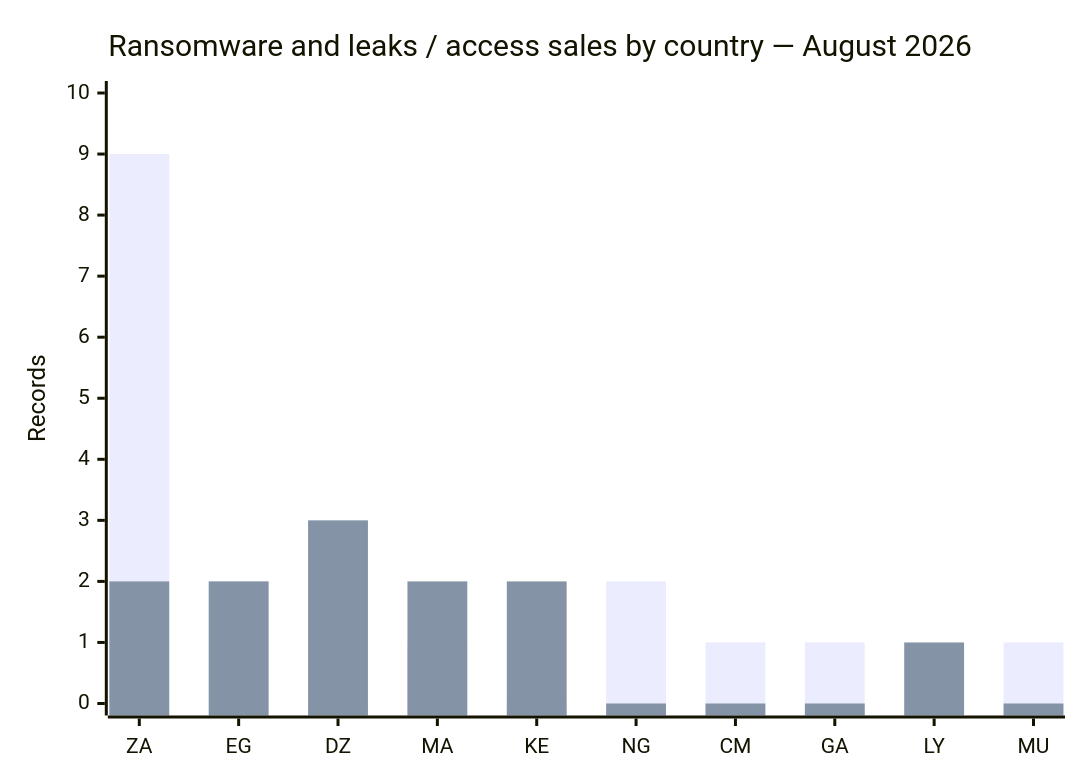
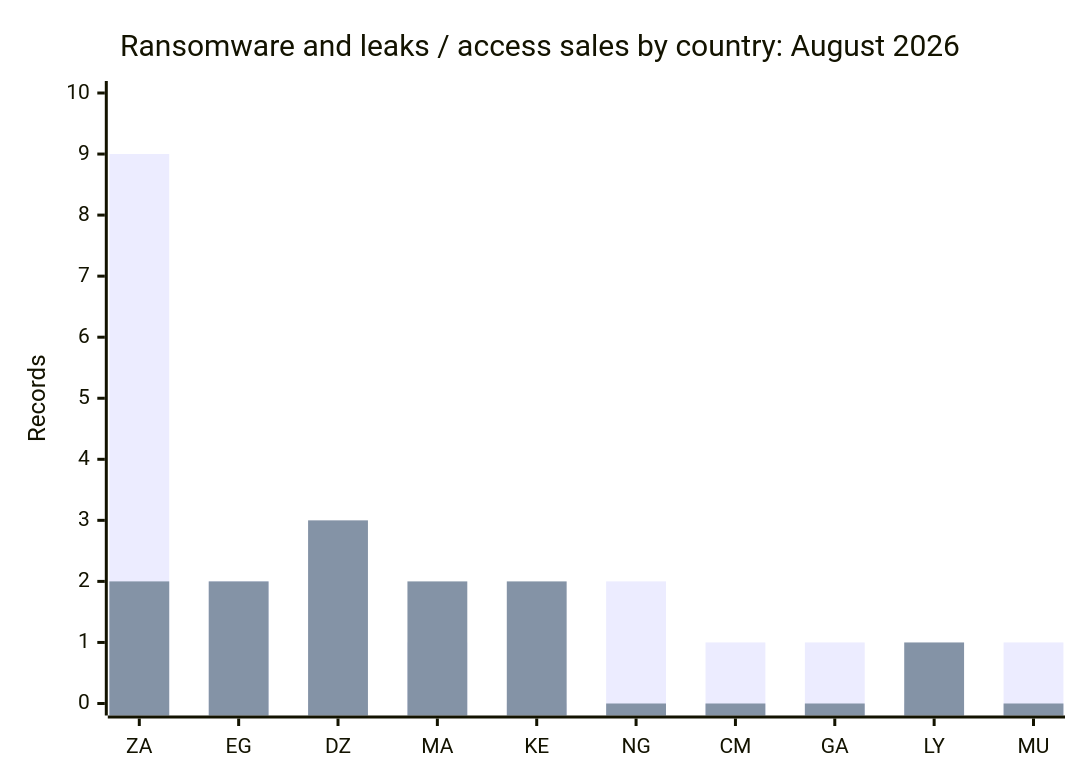
One commit to Hatchepsoute/AFRINTEL changed the second of 7 diagrams in CyberAttackAfrica/2026/08-august/README.md. Above: the diagram before and after it, drawn with Mermaid. The commit also changed other lines of this file and 1 other file, not shown here.

````diff
--- a/CyberAttackAfrica/2026/08-august/README.md
+++ b/CyberAttackAfrica/2026/08-august/README.md
@@ -141,8 +141,8 @@
 ```mermaid
 xychart-beta
-    title "Ransomware and leaks / access sales by country — August 2026"
+    title "Ransomware and leaks / access sales by country: August 2026"
     x-axis ["ZA", "EG", "DZ", "MA", "KE", "NG", "CM", "GA", "LY", "MU"]
     y-axis "Records" 0 --> 10
     bar [9, 2, 0, 1, 0, 2, 1, 1, 0, 1]
     bar [2, 2, 3, 2, 2, 0, 0, 0, 1, 0]
 ```
````
